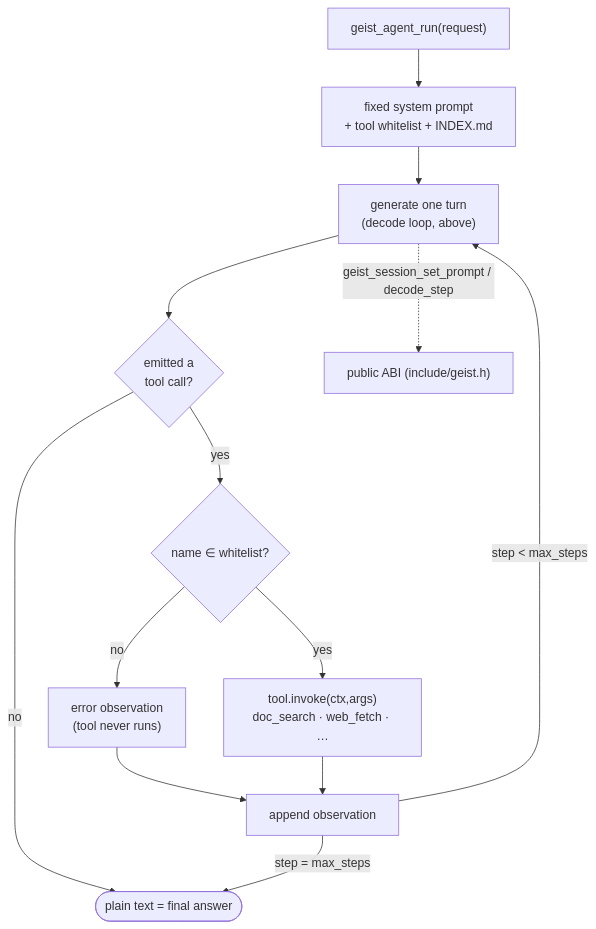
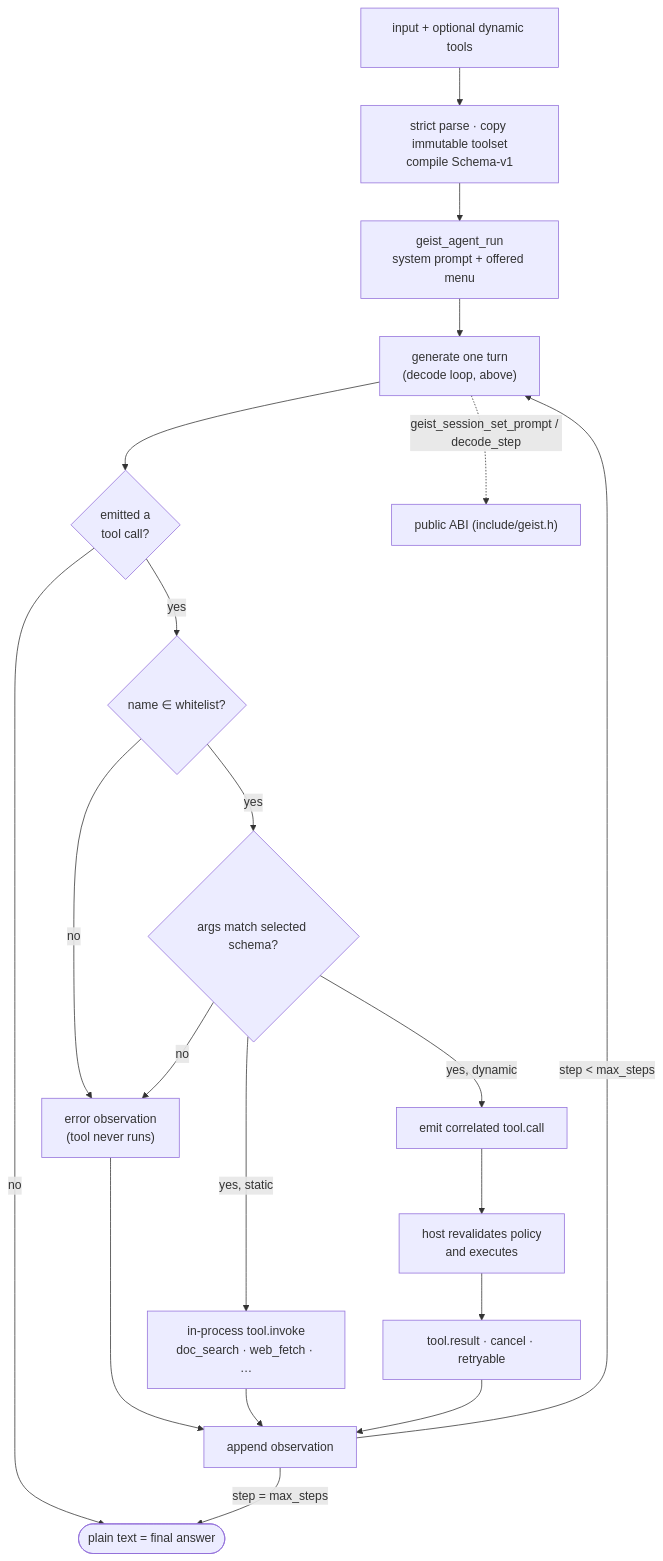
One commit to geisten/geistlib changed the second of 2 diagrams in docs/ARCHITECTURE.md. Above: the diagram before and after it, drawn with Mermaid. The commit also changed other lines of this file and 54 other files, not shown here.

First line of the commit message:
feat: add host-neutral dynamic-tools-v1 runtime (#88)

````diff
--- a/docs/ARCHITECTURE.md
+++ b/docs/ARCHITECTURE.md
@@ -90,16 +91,23 @@
 ```mermaid
 flowchart TD
-    REQ["geist_agent_run(request)"] --> SYS["fixed system prompt<br/>+ tool whitelist + INDEX.md"]
+    REQ["input + optional dynamic tools"] --> COMPILE["strict parse · copy immutable toolset<br/>compile Schema-v1"]
+    COMPILE --> SYS["geist_agent_run<br/>system prompt + offered menu"]
     SYS --> GEN["generate one turn<br/>(decode loop, above)"]
     GEN --> PARSE{"emitted a<br/>tool call?"}
     PARSE -->|no| ANS(["plain text = final answer"])
     PARSE -->|yes| GATE{"name ∈ whitelist?"}
     GATE -->|no| REJ["error observation<br/>(tool never runs)"]
-    GATE -->|yes| RUN["tool.invoke(ctx,args)<br/>doc_search · web_fetch · …"]
+    GATE -->|yes| SCHEMA{"args match selected schema?"}
+    SCHEMA -->|no| REJ
+    SCHEMA -->|yes, static| RUN["in-process tool.invoke<br/>doc_search · web_fetch · …"]
+    SCHEMA -->|yes, dynamic| CALL["emit correlated tool.call"]
+    CALL --> HOST["host revalidates policy<br/>and executes"]
+    HOST --> RESULT["tool.result · cancel · retryable"]
+    RESULT --> OBS
     REJ --> OBS["append observation"]
     RUN --> OBS
     OBS -->|"step < max_steps"| GEN
     OBS -->|"step = max_steps"| ANS
 
     GEN -.->|"geist_session_set_prompt / decode_step"| ABI["public ABI (include/geist.h)"]
 ```
````
